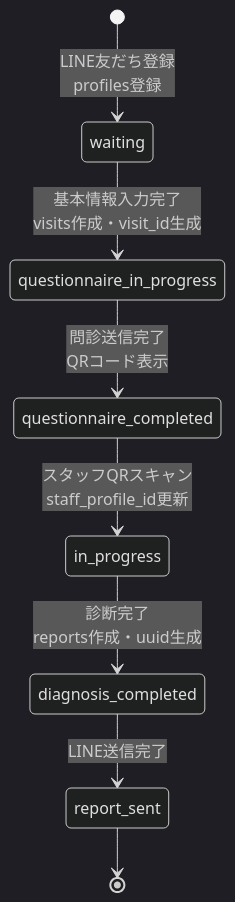
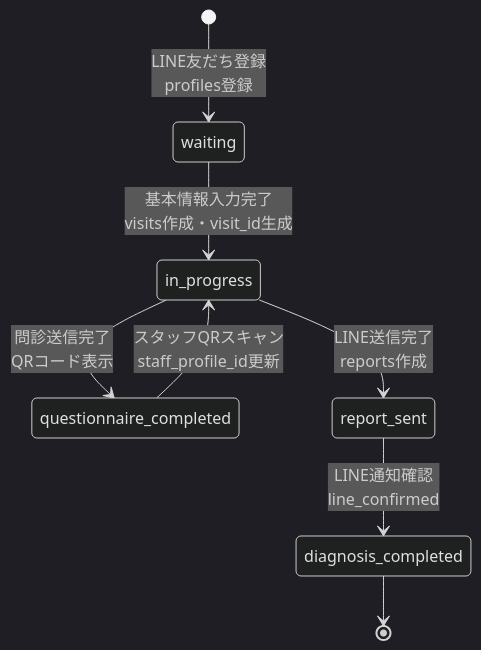
The second of 2 diagrams in docs/designe/05-ワークフロー設計.md (Ks-Classic/cOralup-yourTIME), drawn with Mermaid (dark theme) before and after one commit. The commit also changed other lines of this file, not shown here.

````diff
--- a/docs/designe/05-ワークフロー設計.md
+++ b/docs/designe/05-ワークフロー設計.md
@@ -7,16 +90,16 @@
 ```mermaid
 stateDiagram-v2
     [*] --> waiting : LINE友だち登録<br/>profiles登録
     
-    waiting --> questionnaire_in_progress : 基本情報入力完了<br/>visits作成・visit_id生成
+    waiting --> in_progress : 基本情報入力完了<br/>visits作成・visit_id生成
     
-    questionnaire_in_progress --> questionnaire_completed : 問診送信完了<br/>QRコード表示
+    in_progress --> questionnaire_completed : 問診送信完了<br/>QRコード表示
     
     questionnaire_completed --> in_progress : スタッフQRスキャン<br/>staff_profile_id更新
     
-    in_progress --> diagnosis_completed : 診断完了<br/>reports作成・uuid生成
+    in_progress --> report_sent : LINE送信完了<br/>reports作成
     
-    diagnosis_completed --> report_sent : LINE送信完了
+    report_sent --> diagnosis_completed : LINE通知確認<br/>line_confirmed
     
-    report_sent --> [*]
+    diagnosis_completed --> [*]
 ```
````
